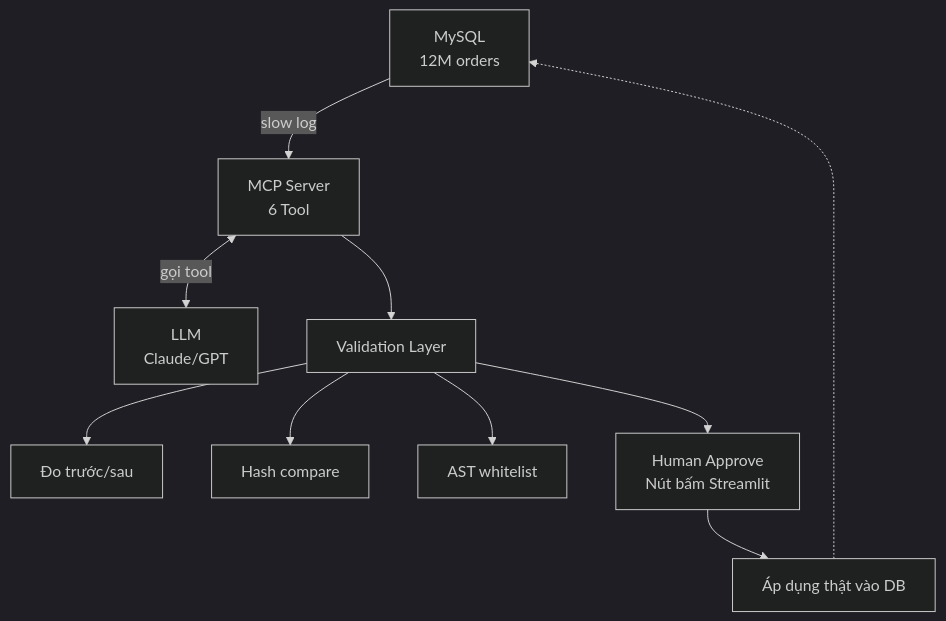
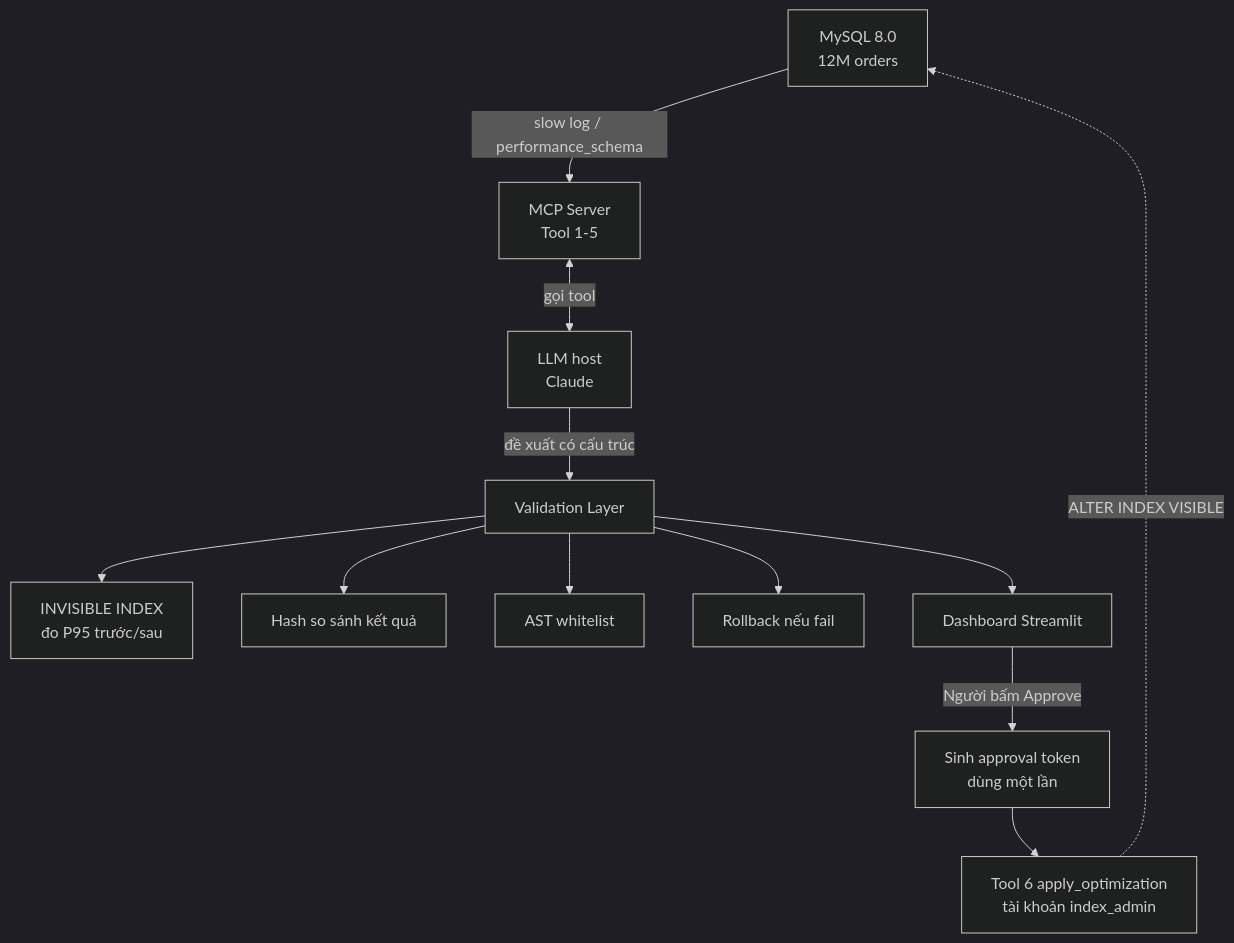
One commit to lam-vu6868/mcp-slowquery-optimizer changed the diagram in README.md. Above: the diagram before and after it, drawn with Mermaid (dark theme). The commit also changed other lines of this file and 4 other files, not shown here.

````diff
--- a/README.md
+++ b/README.md
@@ -27,12 +29,14 @@
 ```mermaid
 flowchart TD
-    A[MySQL<br/>12M orders] -->|slow log| B[MCP Server<br/>6 Tool]
-    B <-->|gọi tool| C[LLM<br/>Claude/GPT]
-    B --> D[Validation Layer]
-    D --> D1[Đo trước/sau]
-    D --> D2[Hash compare]
-    D --> D3[AST whitelist]
-    D --> E[Human Approve<br/>Nút bấm Streamlit]
-    E --> F[Áp dụng thật vào DB]
-    F -.-> A
+    A[MySQL 8.0<br/>12M orders] -->|slow log / performance_schema| B[MCP Server<br/>Tool 1-5]
+    B <-->|gọi tool| C[LLM host<br/>Claude]
+    C -->|đề xuất có cấu trúc| V[Validation Layer]
+    V --> V1[INVISIBLE INDEX<br/>đo P95 trước/sau]
+    V --> V2[Hash so sánh kết quả]
+    V --> V3[AST whitelist]
+    V --> V4[Rollback nếu fail]
+    V --> D[Dashboard Streamlit]
+    D -->|Người bấm Approve| T[Sinh approval token<br/>dùng một lần]
+    T --> B6[Tool 6 apply_optimization<br/>tài khoản index_admin]
+    B6 -.->|ALTER INDEX VISIBLE| A
 ```
````
